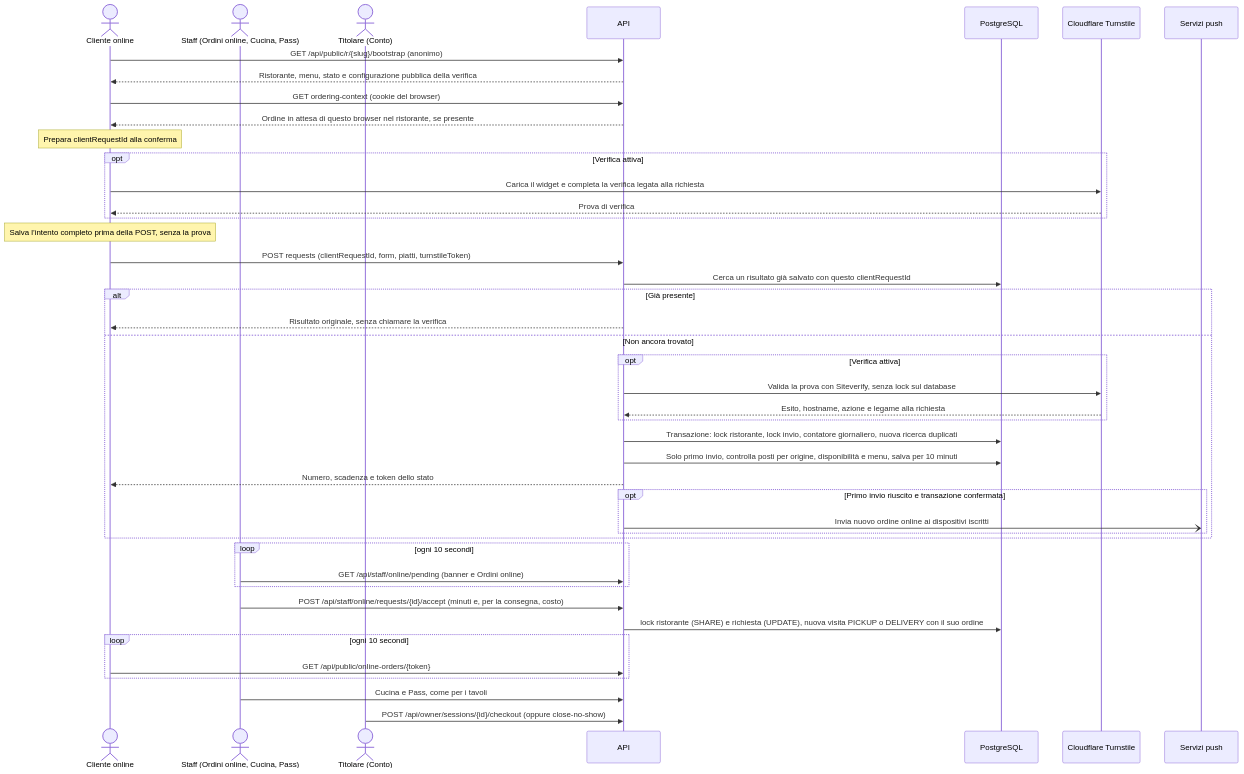
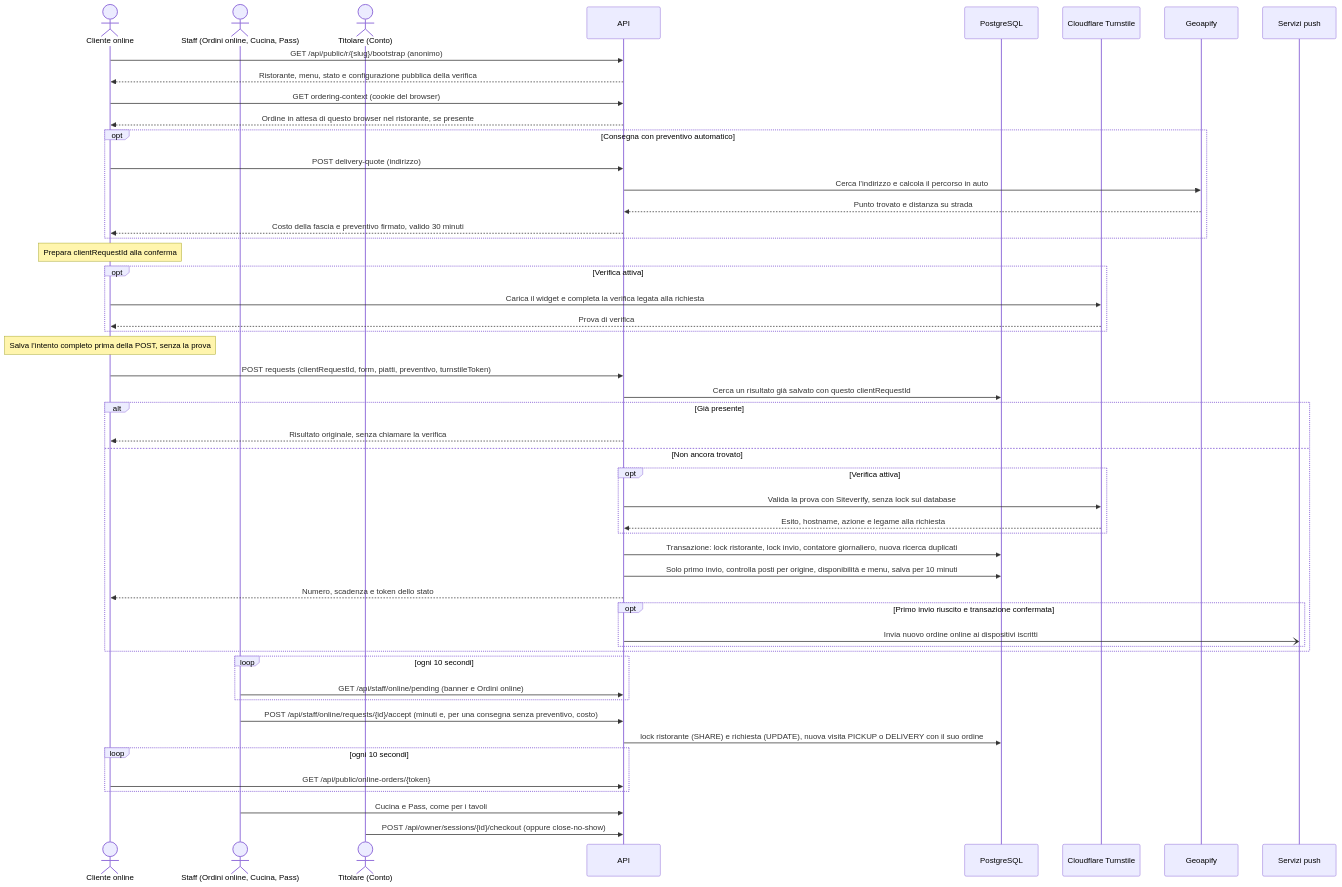
Before and after one commit to lorenzoyang/TavoloFlow: the fourth of 5 diagrams in docs/it/development-notes.md, drawn with Mermaid. The commit also changed other lines of this file and 14 other files, not shown here.

````diff
--- a/docs/it/development-notes.md
+++ b/docs/it/development-notes.md
@@ -395,47 +396,54 @@
 ```mermaid
 sequenceDiagram
   actor C as Cliente online
   actor S as Staff (Ordini online, Cucina, Pass)
   actor T as Titolare (Conto)
   participant A as API
   participant D as PostgreSQL
   participant V as Cloudflare Turnstile
+  participant G as Geoapify
   participant P as Servizi push
 
   C->>A: GET /api/public/r/{slug}/bootstrap (anonimo)
   A-->>C: Ristorante, menu, stato e configurazione pubblica della verifica
   C->>A: GET ordering-context (cookie del browser)
   A-->>C: Ordine in attesa di questo browser nel ristorante, se presente
+  opt Consegna con preventivo automatico
+    C->>A: POST delivery-quote (indirizzo)
+    A->>G: Cerca l’indirizzo e calcola il percorso in auto
+    G-->>A: Punto trovato e distanza su strada
+    A-->>C: Costo della fascia e preventivo firmato, valido 30 minuti
+  end
   Note over C: Prepara clientRequestId alla conferma
   opt Verifica attiva
     C->>V: Carica il widget e completa la verifica legata alla richiesta
     V-->>C: Prova di verifica
   end
   Note over C: Salva l’intento completo prima della POST, senza la prova
-  C->>A: POST requests (clientRequestId, form, piatti, turnstileToken)
+  C->>A: POST requests (clientRequestId, form, piatti, preventivo, turnstileToken)
   A->>D: Cerca un risultato già salvato con questo clientRequestId
   alt Già presente
     A-->>C: Risultato originale, senza chiamare la verifica
   else Non ancora trovato
     opt Verifica attiva
       A->>V: Valida la prova con Siteverify, senza lock sul database
       V-->>A: Esito, hostname, azione e legame alla richiesta
     end
     A->>D: Transazione: lock ristorante, lock invio, contatore giornaliero, nuova ricerca duplicati
     A->>D: Solo primo invio, controlla posti per origine, disponibilità e menu, salva per 10 minuti
     A-->>C: Numero, scadenza e token dello stato
     opt Primo invio riuscito e transazione confermata
       A-)P: Invia nuovo ordine online ai dispositivi iscritti
     end
   end
   loop ogni 10 secondi
     S->>A: GET /api/staff/online/pending (banner e Ordini online)
   end
-  S->>A: POST /api/staff/online/requests/{id}/accept (minuti e, per la consegna, costo)
+  S->>A: POST /api/staff/online/requests/{id}/accept (minuti e, per una consegna senza preventivo, costo)
   A->>D: lock ristorante (SHARE) e richiesta (UPDATE), nuova visita PICKUP o DELIVERY con il suo ordine
   loop ogni 10 secondi
     C->>A: GET /api/public/online-orders/{token}
   end
   S->>A: Cucina e Pass, come per i tavoli
   T->>A: POST /api/owner/sessions/{id}/checkout (oppure close-no-show)
 ```
````
